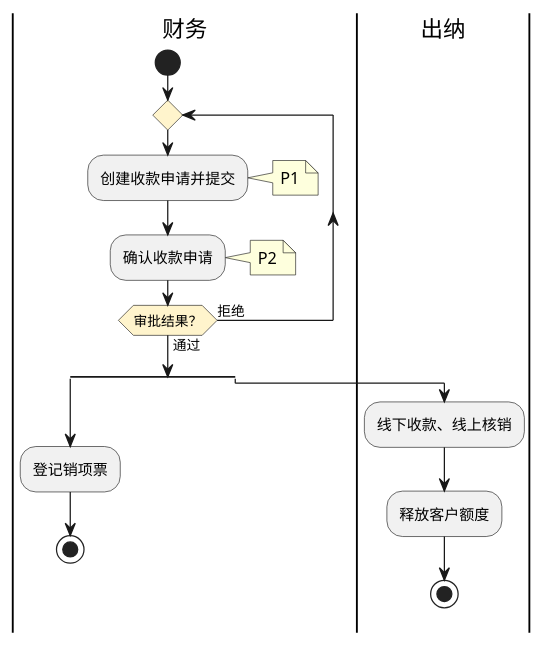
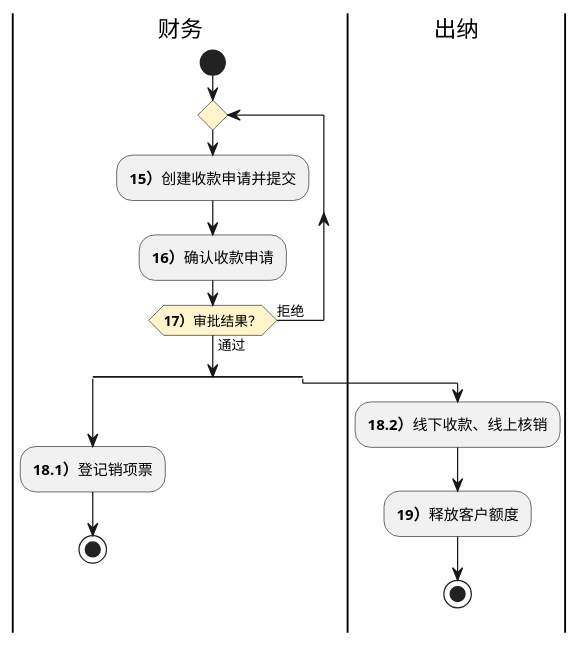
The second of 3 diagrams in product-caliber/goldjet/segmented-prd/PRD.高捷物流系统一期.第022篇.财务基础与结算流程.40E841D3A6.md (jack888332/projects-doc), drawn with PlantUML before and after one commit. The commit also changed other lines of this file and 24 other files, not shown here.

````diff
--- a/product-caliber/goldjet/segmented-prd/PRD.高捷物流系统一期.第022篇.财务基础与结算流程.40E841D3A6.md
+++ b/product-caliber/goldjet/segmented-prd/PRD.高捷物流系统一期.第022篇.财务基础与结算流程.40E841D3A6.md
@@ -145,22 +141,20 @@
 ```plantuml
 @startuml goldjet-022-receipt-confirmation
 skinparam activityDiamondBackgroundColor #FFF4CC
 |财务|
 start
 repeat
-  :创建收款申请并提交;
-  note right: P1
-  :确认收款申请;
-repeat while (审批结果？) is (拒绝) not (通过)
-note right: P2
+  :**15）**创建收款申请并提交;
+  :**16）**确认收款申请;
+repeat while (**17）**审批结果？) is (拒绝) not (通过)
 split
-  :登记销项票;
+  :**18.1）**登记销项票;
   stop
 split again
   |出纳|
-  :线下收款、线上核销;
-  :释放客户额度;
+  :**18.2）**线下收款、线上核销;
+  :**19）**释放客户额度;
   stop
 end split
 @enduml
 ```
````
